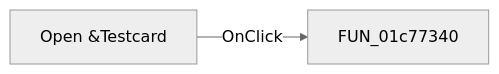
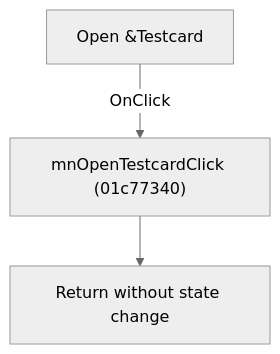
Before and after one commit to MovGP0/TIARA: the diagram in docs/ui-controls/schematiceditor/mnopentestcard-25b0312f12.md, drawn with Mermaid (neutral theme). The commit also changed other lines of this file and 1062 other files, not shown here.

````diff
--- a/docs/ui-controls/schematiceditor/mnopentestcard-25b0312f12.md
+++ b/docs/ui-controls/schematiceditor/mnopentestcard-25b0312f12.md
@@ -27,4 +27,5 @@
 ```mermaid
-flowchart LR
-    control["Open &Testcard"] -->|OnClick| handler["FUN_01c77340"]
+flowchart TD
+    control["Open &Testcard"] -->|"OnClick"| handler["mnOpenTestcardClick (01c77340)"]
+    handler --> return["Return without state change"]
 ```
````
